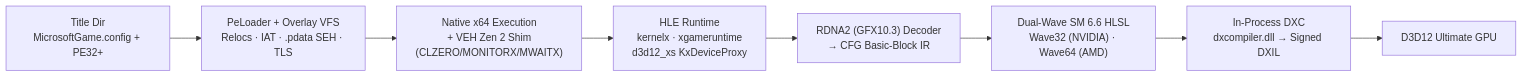
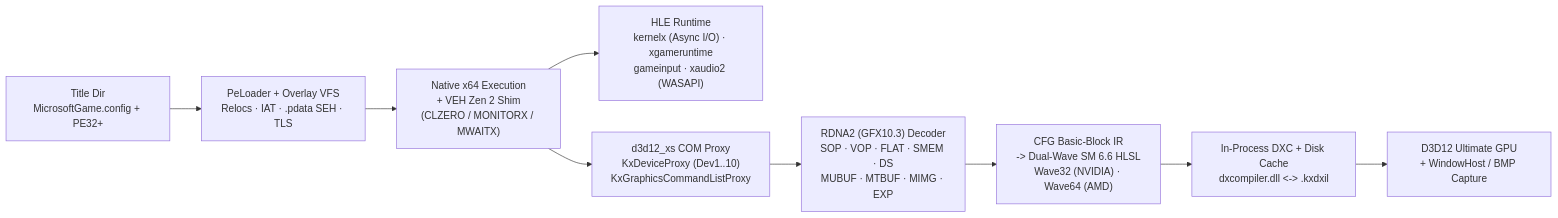
The second of 2 diagrams in README.md (Batushn/KestrelX), drawn with Mermaid before and after one commit. The commit also changed other lines of this file and 18 other files, not shown here.

First line of the commit message:
feat(v0.4.0): RDNA2 MUBUF/MTBUF+MIMG Textured Quad, Disk DXIL Cache, Dev1..10+CmdListProxy, WASAPI+Async I/O & Visual Dashboard

````diff
--- a/README.md
+++ b/README.md
@@ -13,10 +90,11 @@
 ```mermaid
 flowchart LR
     A["Title Dir<br/>MicrosoftGame.config + PE32+"] --> B["PeLoader + Overlay VFS<br/>Relocs · IAT · .pdata SEH · TLS"]
-    B --> C["Native x64 Execution<br/>+ VEH Zen 2 Shim<br/>(CLZERO/MONITORX/MWAITX)"]
-    C --> D["HLE Runtime<br/>kernelx · xgameruntime<br/>d3d12_xs KxDeviceProxy"]
-    D --> E["RDNA2 (GFX10.3) Decoder<br/>→ CFG Basic-Block IR"]
-    E --> F["Dual-Wave SM 6.6 HLSL<br/>Wave32 (NVIDIA) · Wave64 (AMD)"]
-    F --> G["In-Process DXC<br/>dxcompiler.dll → Signed DXIL"]
-    G --> H["D3D12 Ultimate GPU"]
+    B --> C["Native x64 Execution<br/>+ VEH Zen 2 Shim<br/>(CLZERO / MONITORX / MWAITX)"]
+    C --> D["HLE Runtime<br/>kernelx (Async I/O) · xgameruntime<br/>gameinput · xaudio2 (WASAPI)"]
+    C --> E["d3d12_xs COM Proxy<br/>KxDeviceProxy (Dev1..10)<br/>KxGraphicsCommandListProxy"]
+    E --> F["RDNA2 (GFX10.3) Decoder<br/>SOP · VOP · FLAT · SMEM · DS<br/>MUBUF · MTBUF · MIMG · EXP"]
+    F --> G["CFG Basic-Block IR<br/>-> Dual-Wave SM 6.6 HLSL<br/>Wave32 (NVIDIA) · Wave64 (AMD)"]
+    G --> H["In-Process DXC + Disk Cache<br/>dxcompiler.dll <-> .kxdxil"]
+    H --> I["D3D12 Ultimate GPU<br/>+ WindowHost / BMP Capture"]
 ```
````
